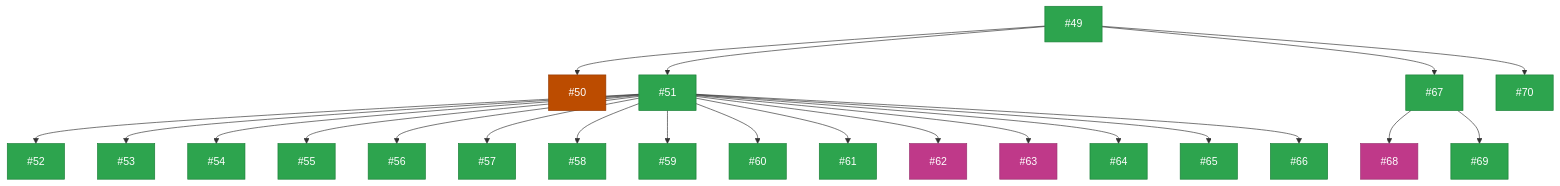
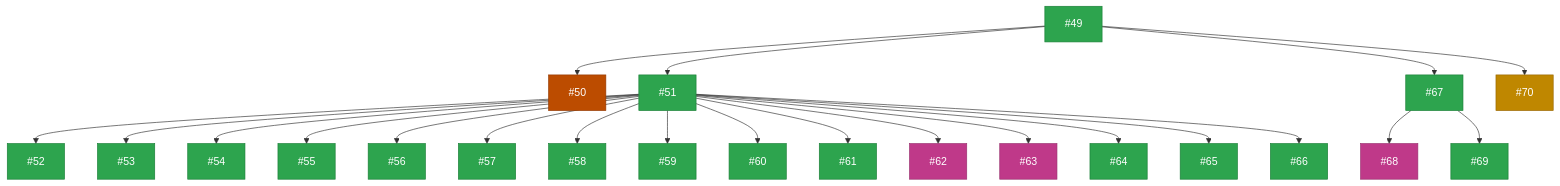
One commit to zappfish/zapp-requirements-tracker changed the seventh of 9 diagrams in README.md. Above: the diagram before and after it, drawn with Mermaid. The commit also changed other lines of this file, not shown here.

Commit message:
Update WBS diagram colors to match project board statuses (#122)

````diff
--- a/README.md
+++ b/README.md
@@ -311,62 +311,62 @@
 ```mermaid
 graph TD
     R5["#49"]:::backlog
 
     R5A["#50"]:::done
     R5B["#51"]:::backlog
     R5C["#67"]:::backlog
-    R5D["#70"]:::backlog
+    R5D["#70"]:::inprogress
     R5 --> R5A & R5B & R5C & R5D
 
     R5B1["#52"]:::backlog
     R5B2["#53"]:::backlog
     R5B3["#54"]:::backlog
     R5B4["#55"]:::backlog
     R5B5["#56"]:::backlog
     R5B6["#57"]:::backlog
     R5B7["#58"]:::backlog
     R5B8["#59"]:::backlog
     R5B9["#60"]:::backlog
     R5B10["#61"]:::backlog
     R5B11["#62"]:::stable
     R5B12["#63"]:::stable
     R5B13["#64"]:::backlog
     R5B14["#65"]:::backlog
     R5B15["#66"]:::backlog
     R5B --> R5B1 & R5B2 & R5B3 & R5B4 & R5B5 & R5B6 & R5B7 & R5B8
     R5B --> R5B9 & R5B10 & R5B11 & R5B12 & R5B13 & R5B14 & R5B15
 
     R5C1["#68"]:::stable
     R5C2["#69"]:::backlog
     R5C --> R5C1 & R5C2
 
     click R5 href "https://github.com/zappfish/zapp-requirements-tracker/issues/49" _blank
     click R5A href "https://github.com/zappfish/zapp-requirements-tracker/issues/50" _blank
     click R5B href "https://github.com/zappfish/zapp-requirements-tracker/issues/51" _blank
     click R5C href "https://github.com/zappfish/zapp-requirements-tracker/issues/67" _blank
     click R5D href "https://github.com/zappfish/zapp-requirements-tracker/issues/70" _blank
     click R5B1 href "https://github.com/zappfish/zapp-requirements-tracker/issues/52" _blank
     click R5B2 href "https://github.com/zappfish/zapp-requirements-tracker/issues/53" _blank
     click R5B3 href "https://github.com/zappfish/zapp-requirements-tracker/issues/54" _blank
     click R5B4 href "https://github.com/zappfish/zapp-requirements-tracker/issues/55" _blank
     click R5B5 href "https://github.com/zappfish/zapp-requirements-tracker/issues/56" _blank
     click R5B6 href "https://github.com/zappfish/zapp-requirements-tracker/issues/57" _blank
     click R5B7 href "https://github.com/zappfish/zapp-requirements-tracker/issues/58" _blank
     click R5B8 href "https://github.com/zappfish/zapp-requirements-tracker/issues/59" _blank
     click R5B9 href "https://github.com/zappfish/zapp-requirements-tracker/issues/60" _blank
     click R5B10 href "https://github.com/zappfish/zapp-requirements-tracker/issues/61" _blank
     click R5B11 href "https://github.com/zappfish/zapp-requirements-tracker/issues/62" _blank
     click R5B12 href "https://github.com/zappfish/zapp-requirements-tracker/issues/63" _blank
     click R5B13 href "https://github.com/zappfish/zapp-requirements-tracker/issues/64" _blank
     click R5B14 href "https://github.com/zappfish/zapp-requirements-tracker/issues/65" _blank
     click R5B15 href "https://github.com/zappfish/zapp-requirements-tracker/issues/66" _blank
     click R5C1 href "https://github.com/zappfish/zapp-requirements-tracker/issues/68" _blank
     click R5C2 href "https://github.com/zappfish/zapp-requirements-tracker/issues/69" _blank
 
     classDef backlog fill:#2da44e,stroke:#1a7f37,color:#fff
     classDef upnext fill:#0969da,stroke:#0550ae,color:#fff
     classDef inprogress fill:#bf8700,stroke:#9a6700,color:#fff
     classDef inreview fill:#8250df,stroke:#6639ba,color:#fff
     classDef stable fill:#bf3989,stroke:#99306f,color:#fff
     classDef done fill:#bc4c00,stroke:#953800,color:#fff
 ```
````
